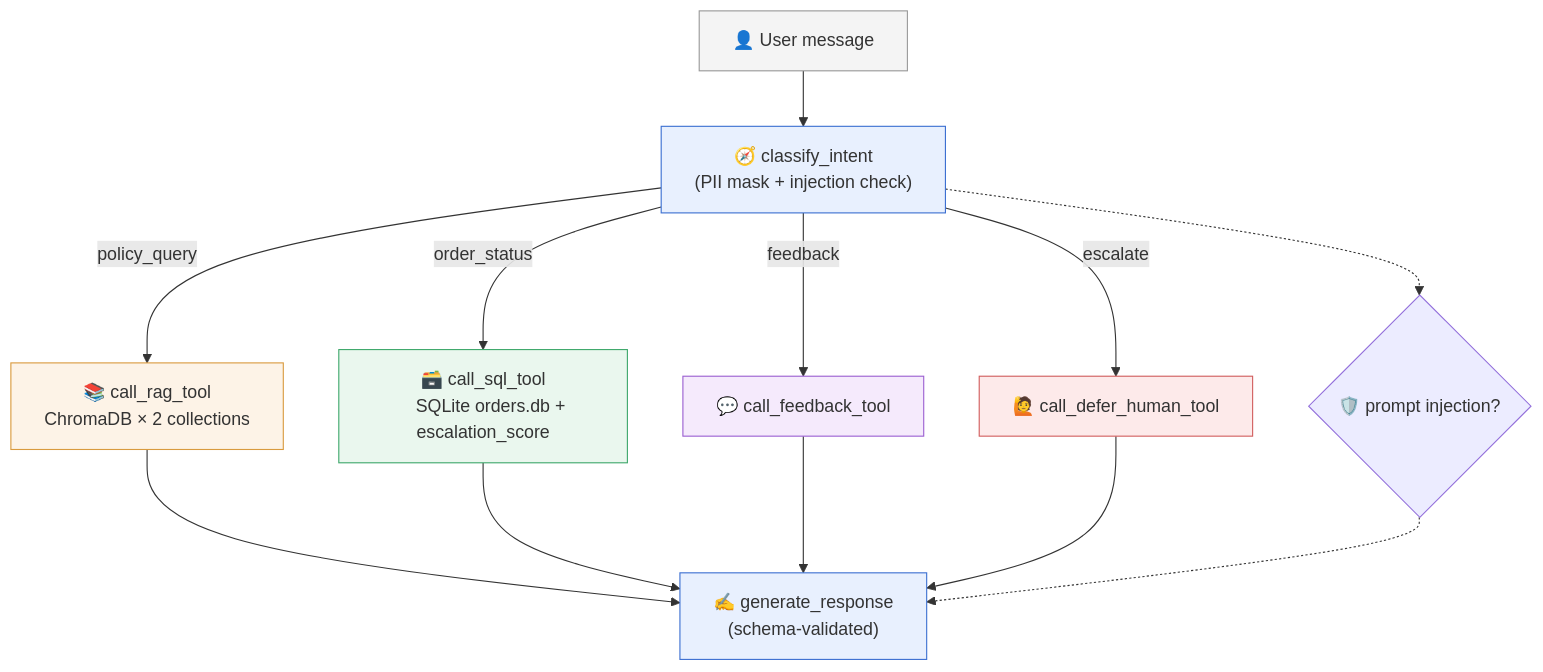
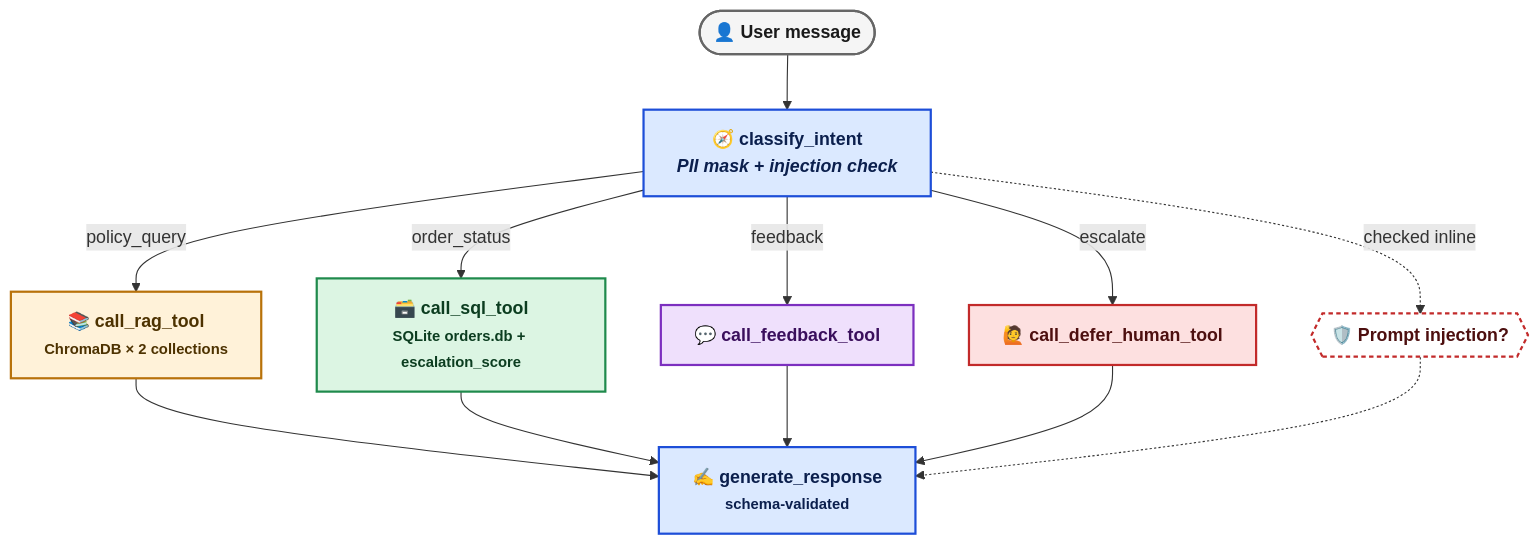
The diagram in README.md (YS-Pundir/cartmind-agentic-ecommerce-support), drawn with Mermaid before and after one commit. The commit also changed other lines of this file, not shown here.

````diff
--- a/README.md
+++ b/README.md
@@ -81,28 +91,34 @@
 ```mermaid
 flowchart TD
-    U["👤 User message"] --> CI["🧭 classify_intent
-    (PII mask + injection check)"]
+    U(["👤 User message"]) --> CI["🧭 classify_intent<br/><i>PII mask + injection check</i>"]
 
-    CI -- "policy_query" --> RAG["📚 call_rag_tool
-    ChromaDB × 2 collections"]
-    CI -- "order_status" --> SQL["🗃️ call_sql_tool
-    SQLite orders.db + escalation_score"]
-    CI -- "feedback" --> FB["💬 call_feedback_tool"]
-    CI -- "escalate" --> DEFER["🙋 call_defer_human_tool"]
-    CI -.-> INJ{"🛡️ prompt injection?"}
+    CI -->|policy_query| RAG["📚 call_rag_tool<br/><small>ChromaDB × 2 collections</small>"]
+    CI -->|order_status| SQL["🗃️ call_sql_tool<br/><small>SQLite orders.db + escalation_score</small>"]
+    CI -->|feedback| FB["💬 call_feedback_tool"]
+    CI -->|escalate| DEFER["🙋 call_defer_human_tool"]
+    CI -.->|checked inline| INJ{{"🛡️ Prompt injection?"}}
 
-    RAG --> GR["✍️ generate_response
-    (schema-validated)"]
+    RAG --> GR["✍️ generate_response<br/><small>schema-validated</small>"]
     SQL --> GR
     FB --> GR
     DEFER --> GR
     INJ -.-> GR
 
-    style U fill:#f4f4f4,stroke:#999
-    style CI fill:#e8f0fe,stroke:#3b6fd1
-    style RAG fill:#fdf3e7,stroke:#d99a3e
-    style SQL fill:#eaf7ee,stroke:#3ea86b
-    style FB fill:#f5eafc,stroke:#9b5fd1
-    style DEFER fill:#fdeaea,stroke:#d15d5d
-    style GR fill:#e8f0fe,stroke:#3b6fd1
+    classDef entry fill:#f5f5f5,stroke:#666666,stroke-width:2px,color:#1a1a1a,font-weight:bold;
+    classDef router fill:#dbe9ff,stroke:#1d4ed8,stroke-width:2px,color:#0b1f4d,font-weight:bold;
+    classDef rag fill:#fff2d9,stroke:#b8720a,stroke-width:2px,color:#4d3200,font-weight:bold;
+    classDef sql fill:#dcf5e3,stroke:#1f8a4c,stroke-width:2px,color:#0c3d20,font-weight:bold;
+    classDef feedback fill:#efe0fc,stroke:#7c2fbf,stroke-width:2px,color:#3a0f5c,font-weight:bold;
+    classDef defer fill:#fde0e0,stroke:#c22a2a,stroke-width:2px,color:#4d0f0f,font-weight:bold;
+    classDef guard fill:#fff,stroke:#c22a2a,stroke-width:2px,stroke-dasharray:4 3,color:#4d0f0f,font-weight:bold;
+    classDef output fill:#dbe9ff,stroke:#1d4ed8,stroke-width:2px,color:#0b1f4d,font-weight:bold;
+
+    class U entry;
+    class CI router;
+    class RAG rag;
+    class SQL sql;
+    class FB feedback;
+    class DEFER defer;
+    class INJ guard;
+    class GR output;
 ```
````
